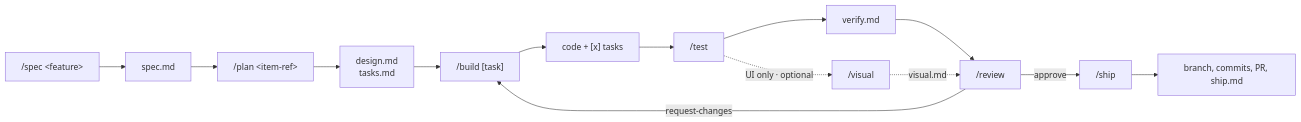
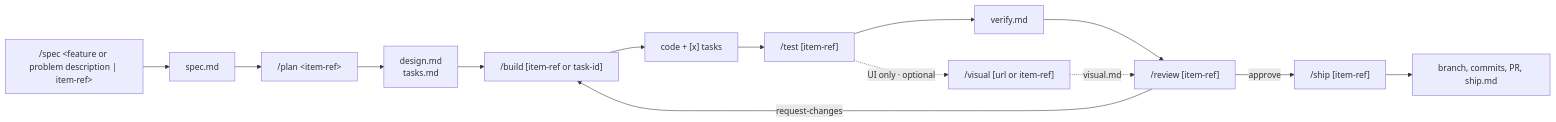
Before and after one commit to 49115566/opencode-framework: the first of 2 diagrams in README.md, drawn with Mermaid. The commit also changed other lines of this file, not shown here.

Commit message:
docs(readme): canonicalize command signatures
Update the Commands table and lifecycle mermaid labels to the canonical
signatures, decoding the table/mermaid escape forms consistently (AC5).

````diff
--- a/README.md
+++ b/README.md
@@ -137,17 +137,17 @@
 ```mermaid
 flowchart LR
-    spec["/spec &lt;feature&gt;"] --> specmd["spec.md"]
+    spec["/spec &lt;feature or problem description | item-ref&gt;"] --> specmd["spec.md"]
     specmd --> plan["/plan &lt;item-ref&gt;"]
     plan --> design["design.md<br/>tasks.md"]
-    design --> build["/build [task]"]
+    design --> build["/build [item-ref or task-id]"]
     build --> code["code + [x] tasks"]
-    code --> test["/test"]
+    code --> test["/test [item-ref]"]
     test --> verify["verify.md"]
-    verify --> review["/review"]
+    verify --> review["/review [item-ref]"]
     review -->|request-changes| build
-    review -->|approve| ship["/ship"]
+    review -->|approve| ship["/ship [item-ref]"]
     ship --> pr["branch, commits, PR, ship.md"]
 
-    test -.->|"UI only · optional"| visual["/visual"]
+    test -.->|"UI only · optional"| visual["/visual [url or item-ref]"]
     visual -.->|visual.md| review
 ```
````
